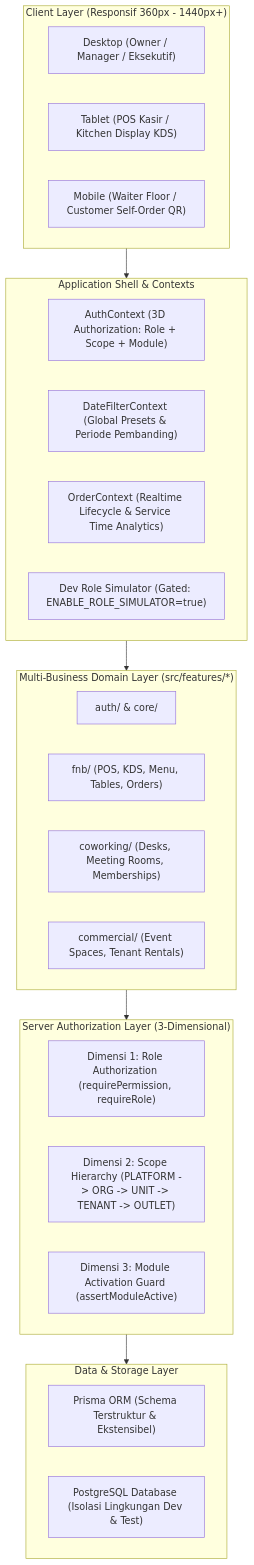
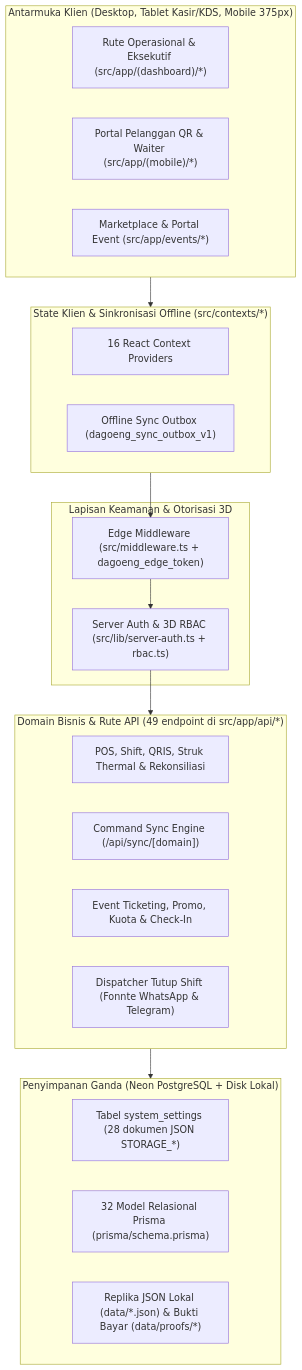
One commit to Shandi-Aditya/DagoEng-FnB-Management changed the diagram in docs/ARCHITECTURE.md. Above: the diagram before and after it, drawn with Mermaid. The commit also changed other lines of this file and 11 other files, not shown here.

````diff
--- a/docs/ARCHITECTURE.md
+++ b/docs/ARCHITECTURE.md
@@ -13,38 +7,37 @@
 ```mermaid
-graph TD
-    subgraph ClientLayer ["Client Layer (Responsif 360px - 1440px+)"]
-        Desktop["Desktop (Owner / Manager / Eksekutif)"]
-        Tablet["Tablet (POS Kasir / Kitchen Display KDS)"]
-        Mobile["Mobile (Waiter Floor / Customer Self-Order QR)"]
+flowchart TD
+    subgraph ClientLayer ["Antarmuka Klien (Desktop, Tablet Kasir/KDS, Mobile 375px)"]
+        DashboardUI["Rute Operasional & Eksekutif (src/app/(dashboard)/*)"]
+        MobileUI["Portal Pelanggan QR & Waiter (src/app/(mobile)/*)"]
+        EventsUI["Marketplace & Portal Event (src/app/events/*)"]
     end
 
-    subgraph AppShell ["Application Shell & Contexts"]
-        AuthCtx["AuthContext (3D Authorization: Role + Scope + Module)"]
-        DateCtx["DateFilterContext (Global Presets & Periode Pembanding)"]
-        OrderCtx["OrderContext (Realtime Lifecycle & Service Time Analytics)"]
-        RoleSim["Dev Role Simulator (Gated: ENABLE_ROLE_SIMULATOR=true)"]
+    subgraph StateLayer ["State Klien & Sinkronisasi Offline (src/contexts/*)"]
+        Contexts["16 React Context Providers"]
+        Outbox["Offline Sync Outbox (dagoeng_sync_outbox_v1)"]
     end
 
-    subgraph BusinessDomains ["Multi-Business Domain Layer (src/features/*)"]
-        CoreAuth["auth/ & core/"]
-        FnBDomain["fnb/ (POS, KDS, Menu, Tables, Orders)"]
-        CoWorkDomain["coworking/ (Desks, Meeting Rooms, Memberships)"]
-        CommDomain["commercial/ (Event Spaces, Tenant Rentals)"]
+    subgraph SecurityLayer ["Lapisan Keamanan & Otorisasi 3D"]
+        EdgeMW["Edge Middleware (src/middleware.ts + dagoeng_edge_token)"]
+        RouteGuard["Server Auth & 3D RBAC (src/lib/server-auth.ts + rbac.ts)"]
     end
 
-    subgraph ServerGuard ["Server Authorization Layer (3-Dimensional)"]
-        RBAC["Dimensi 1: Role Authorization (requirePermission, requireRole)"]
-        ScopeGuard["Dimensi 2: Scope Hierarchy (PLATFORM -> ORG -> UNIT -> TENANT -> OUTLET)"]
-        ModuleGuard["Dimensi 3: Module Activation Guard (assertModuleActive)"]
+    subgraph DomainLayer ["Domain Bisnis & Rute API (49 endpoint di src/app/api/*)"]
+        PosEngine["POS, Shift, QRIS, Struk Thermal & Rekonsiliasi"]
+        SyncEngine["Command Sync Engine (/api/sync/[domain])"]
+        EventEngine["Event Ticketing, Promo, Kuota & Check-In"]
+        BotEngine["Dispatcher Tutup Shift (Fonnte WhatsApp & Telegram)"]
     end
 
-    subgraph StorageLayer ["Data & Storage Layer"]
-        Prisma["Prisma ORM (Schema Terstruktur & Ekstensibel)"]
-        Postgres["PostgreSQL Database (Isolasi Lingkungan Dev & Test)"]
+    subgraph DataLayer ["Penyimpanan Ganda (Neon PostgreSQL + Disk Lokal)"]
+        SystemSettings["Tabel system_settings (28 dokumen JSON STORAGE_*)"]
+        PrismaModels["32 Model Relasional Prisma (prisma/schema.prisma)"]
+        DiskReplica["Replika JSON Lokal (data/*.json) & Bukti Bayar (data/proofs/*)"]
     end
 
-    ClientLayer --> AppShell
-    AppShell --> BusinessDomains
-    BusinessDomains --> ServerGuard
-    ServerGuard --> StorageLayer
+    ClientLayer --> StateLayer
+    StateLayer --> EdgeMW
+    EdgeMW --> RouteGuard
+    RouteGuard --> DomainLayer
+    DomainLayer --> DataLayer
 ```
````
